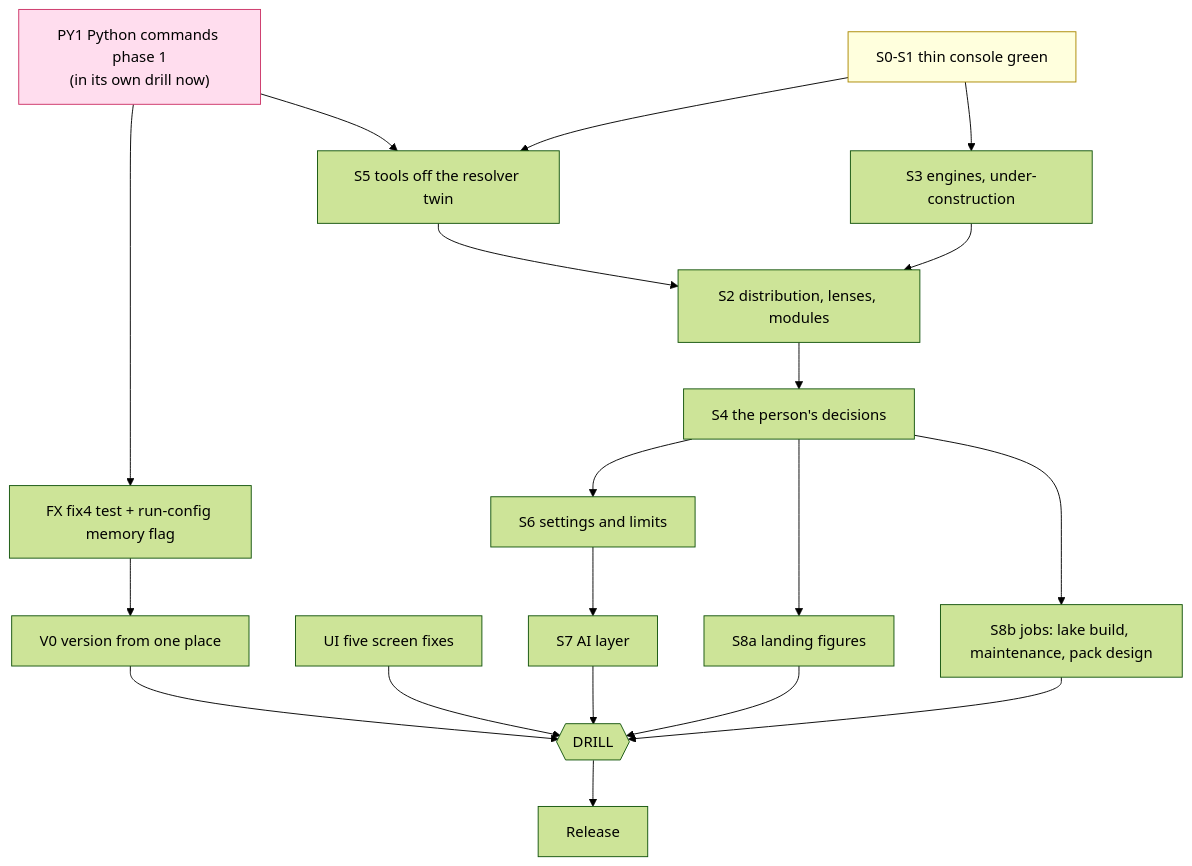
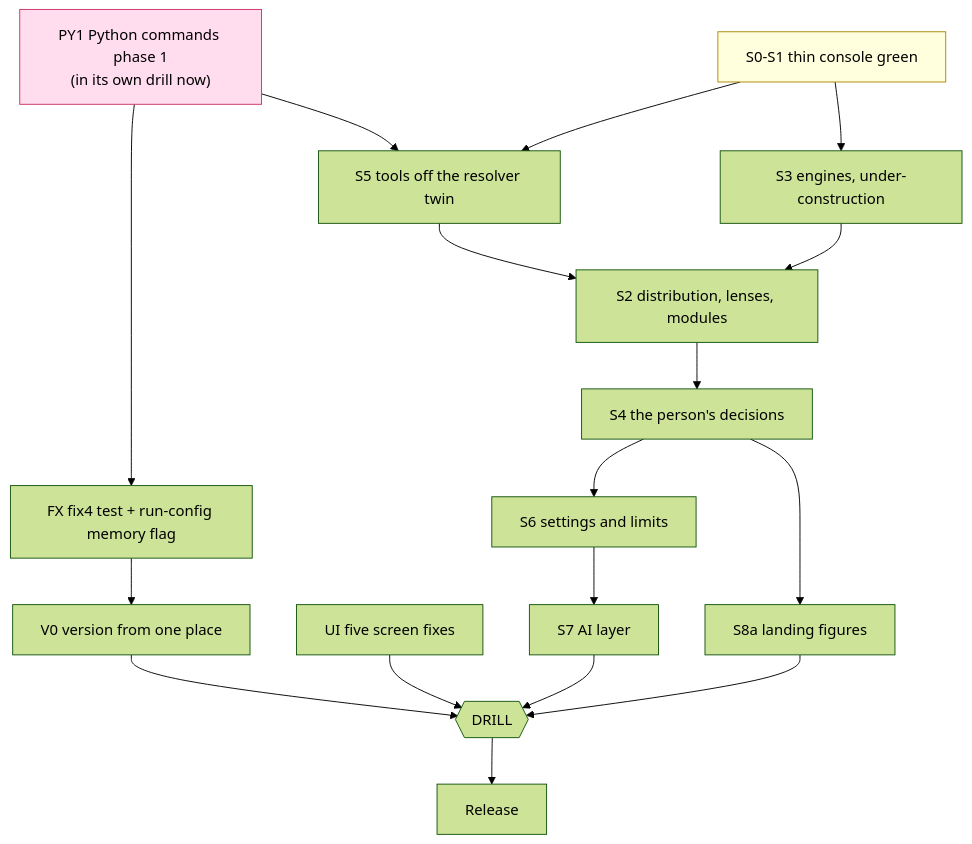
The diagram in docs/plans/I5_BUILD_PLAN.md (ajsinha/drishti), drawn with Mermaid (forest theme) before and after one commit. The commit also changed other lines of this file and 1 other file, not shown here.

````diff
--- a/docs/plans/I5_BUILD_PLAN.md
+++ b/docs/plans/I5_BUILD_PLAN.md
@@ -44,35 +44,33 @@
 ```mermaid
 flowchart TD
   classDef written fill:#ffd,stroke:#a80
   classDef drilling fill:#fde,stroke:#c36
 
   PY1["PY1 Python commands phase 1<br/>(in its own drill now)"]:::drilling
   FX["FX fix4 test + run-config memory flag"]
   V0["V0 version from one place"]
   S01["S0-S1 thin console green"]:::written
   S5["S5 tools off the resolver twin"]
   S3["S3 engines, under-construction"]
   UI["UI five screen fixes"]
   S2["S2 distribution, lenses, modules"]
   S4["S4 the person's decisions"]
   S6["S6 settings and limits"]
   S7["S7 AI layer"]
   S8a["S8a landing figures"]
-  S8b["S8b jobs: lake build, maintenance, pack design"]
   D{{"DRILL"}}
   R["Release"]
 
   PY1 --> FX --> V0
   PY1 --> S5
   S01 --> S5
   S01 --> S3
   S5 --> S2
   S3 --> S2
   S2 --> S4
   S4 --> S6 --> S7 --> D
   S4 --> S8a --> D
-  S4 --> S8b --> D
   UI --> D
   V0 --> D
   D --> R
 ```
````
